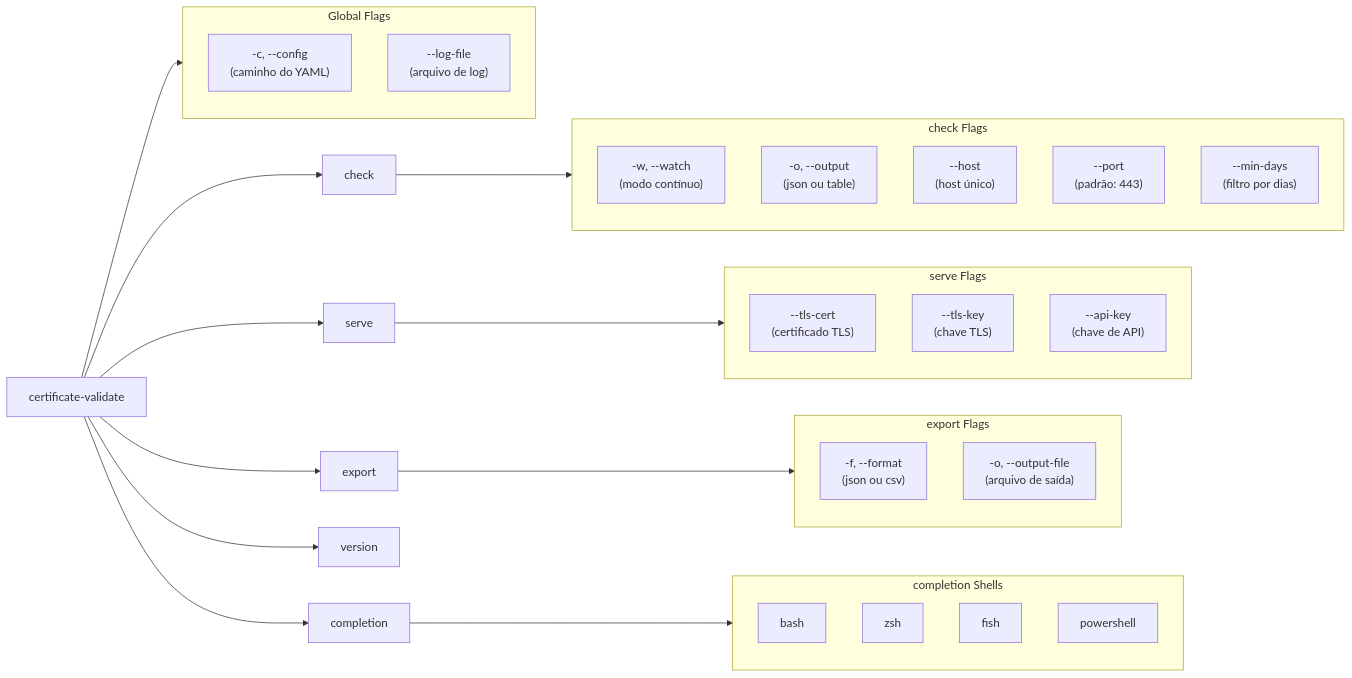
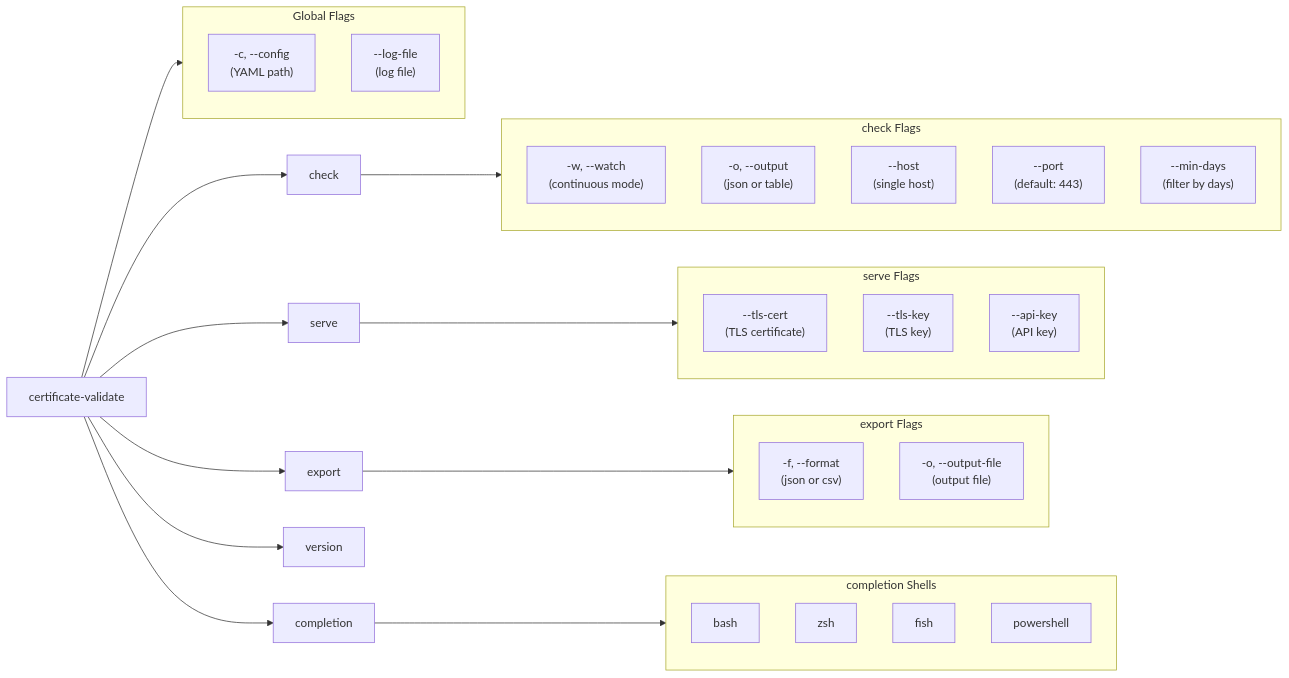
One commit to fabianoflorentino/certificate-validate changed the second of 14 diagrams in docs/ARCHITECTURE.md. Above: the diagram before and after it, drawn with Mermaid. The commit also changed other lines of this file and 2 other files, not shown here.

````diff
--- a/docs/ARCHITECTURE.md
+++ b/docs/ARCHITECTURE.md
@@ -102,51 +102,51 @@
 ```mermaid
 flowchart LR
     root["certificate-validate"]
     subgraph globalFlags["Global Flags"]
-        cfg["-c, --config\n(caminho do YAML)"]
-        logFile["--log-file\n(arquivo de log)"]
+        cfg["-c, --config\n(YAML path)"]
+        logFile["--log-file\n(log file)"]
     end
 
     checkCmd["check"]
     serveCmd["serve"]
     exportCmd["export"]
     versionCmd["version"]
     completionCmd["completion"]
 
     root --> globalFlags
     root --> checkCmd
     root --> serveCmd
     root --> exportCmd
     root --> versionCmd
     root --> completionCmd
 
     subgraph checkFlags["check Flags"]
-        cw["-w, --watch\n(modo contínuo)"]
-        co["-o, --output\n(json ou table)"]
-        ch["--host\n(host único)"]
-        cp["--port\n(padrão: 443)"]
-        cm["--min-days\n(filtro por dias)"]
+        cw["-w, --watch\n(continuous mode)"]
+        co["-o, --output\n(json or table)"]
+        ch["--host\n(single host)"]
+        cp["--port\n(default: 443)"]
+        cm["--min-days\n(filter by days)"]
     end
     checkCmd --> checkFlags
 
     subgraph serveFlags["serve Flags"]
-        st["--tls-cert\n(certificado TLS)"]
-        sk["--tls-key\n(chave TLS)"]
-        sa["--api-key\n(chave de API)"]
+        st["--tls-cert\n(TLS certificate)"]
+        sk["--tls-key\n(TLS key)"]
+        sa["--api-key\n(API key)"]
     end
     serveCmd --> serveFlags
 
     subgraph exportFlags["export Flags"]
-        ef["-f, --format\n(json ou csv)"]
-        eo["-o, --output-file\n(arquivo de saída)"]
+        ef["-f, --format\n(json or csv)"]
+        eo["-o, --output-file\n(output file)"]
     end
     exportCmd --> exportFlags
 
     subgraph completionShells["completion Shells"]
         bash["bash"]
         zsh["zsh"]
         fish["fish"]
         pwsh["powershell"]
     end
     completionCmd --> completionShells
 ```
````
